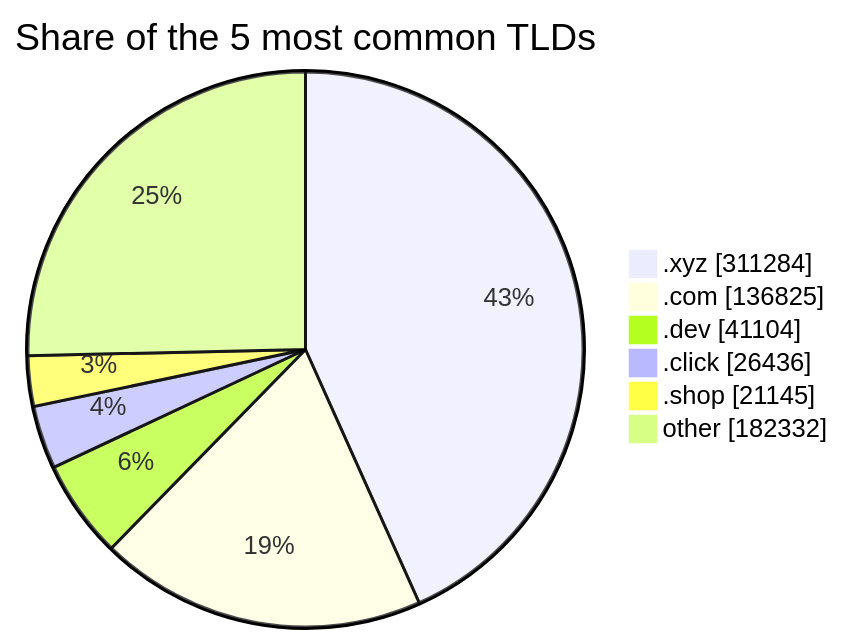
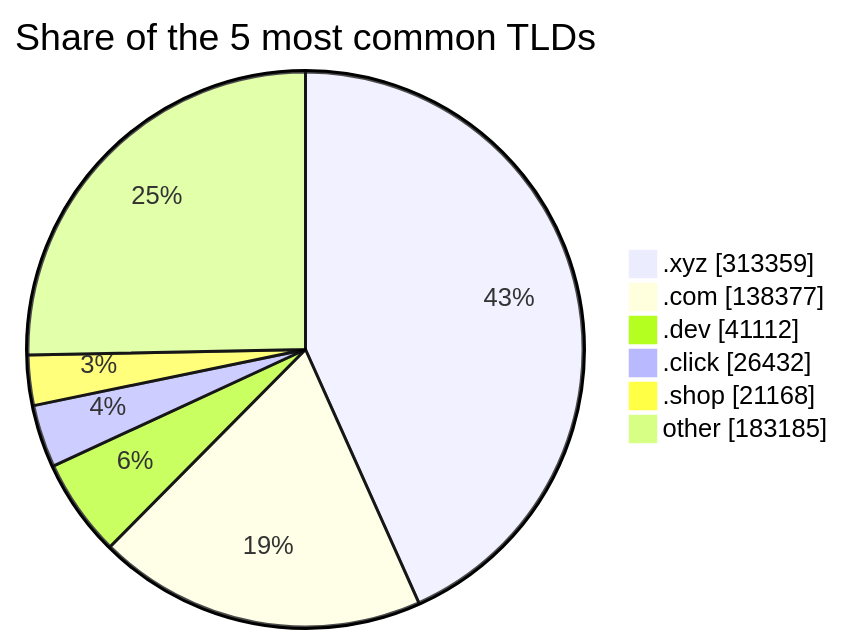
Before and after one commit to DNSBunker/CTI: the third of 3 diagrams in README.md, drawn with Mermaid. The commit also changed other lines of this file and 3 other files, not shown here.

````diff
--- a/README.md
+++ b/README.md
@@ -81,9 +81,9 @@
 ```mermaid
 pie showData title Share of the 5 most common TLDs
-    ".xyz" : 311284
-    ".com" : 136825
-    ".dev" : 41104
-    ".click" : 26436
-    ".shop" : 21145
-    "other" : 182332
+    ".xyz" : 313359
+    ".com" : 138377
+    ".dev" : 41112
+    ".click" : 26432
+    ".shop" : 21168
+    "other" : 183185
 ```
````
